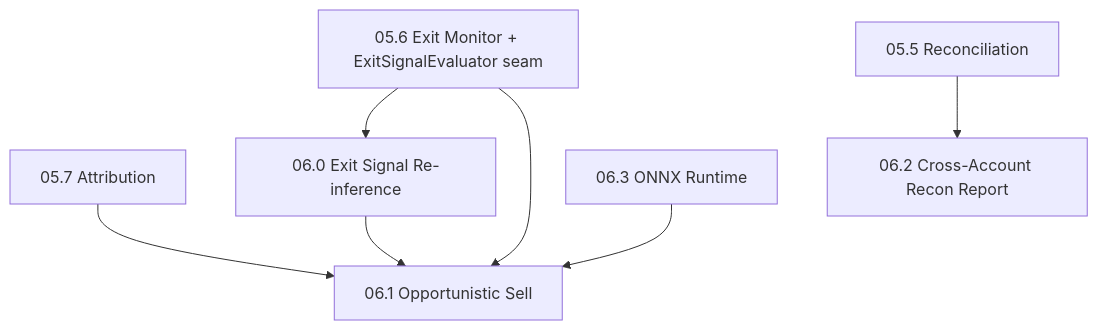
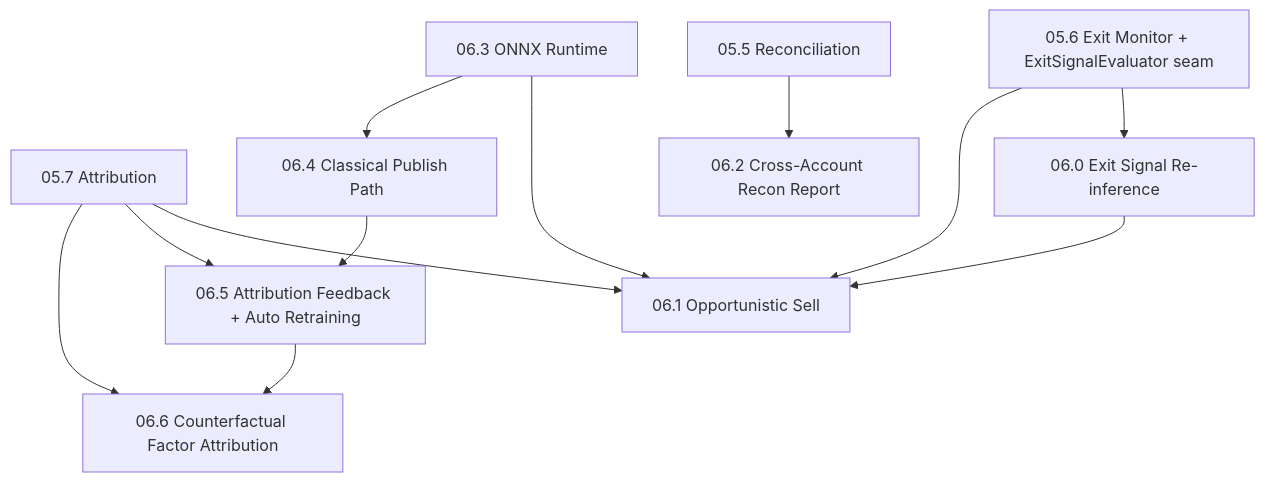
One commit to solomon-ssy/oxide-arb changed the diagram in docs/plans/quant-pivot/phase-06/README.md. Above: the diagram before and after it, drawn with Mermaid. The commit also changed other lines of this file and 181 other files, not shown here.

````diff
--- a/docs/plans/quant-pivot/phase-06/README.md
+++ b/docs/plans/quant-pivot/phase-06/README.md
@@ -44,16 +48,24 @@
 ```mermaid
 flowchart TD
     P56["05.6 Exit Monitor + ExitSignalEvaluator seam"]
     P57["05.7 Attribution"]
     P55["05.5 Reconciliation"]
     P60["06.0 Exit Signal Re-inference"]
     P61["06.1 Opportunistic Sell"]
     P62["06.2 Cross-Account Recon Report"]
     P63["06.3 ONNX Runtime"]
+    P64["06.4 Classical Publish Path"]
+    P65["06.5 Attribution Feedback + Auto Retraining"]
+    P66["06.6 Counterfactual Factor Attribution"]
     P56 --> P60
     P56 --> P61
     P57 --> P61
     P60 --> P61
     P55 --> P62
     P63 --> P61
+    P63 --> P64
+    P57 --> P65
+    P64 --> P65
+    P57 --> P66
+    P65 --> P66
 ```
````
